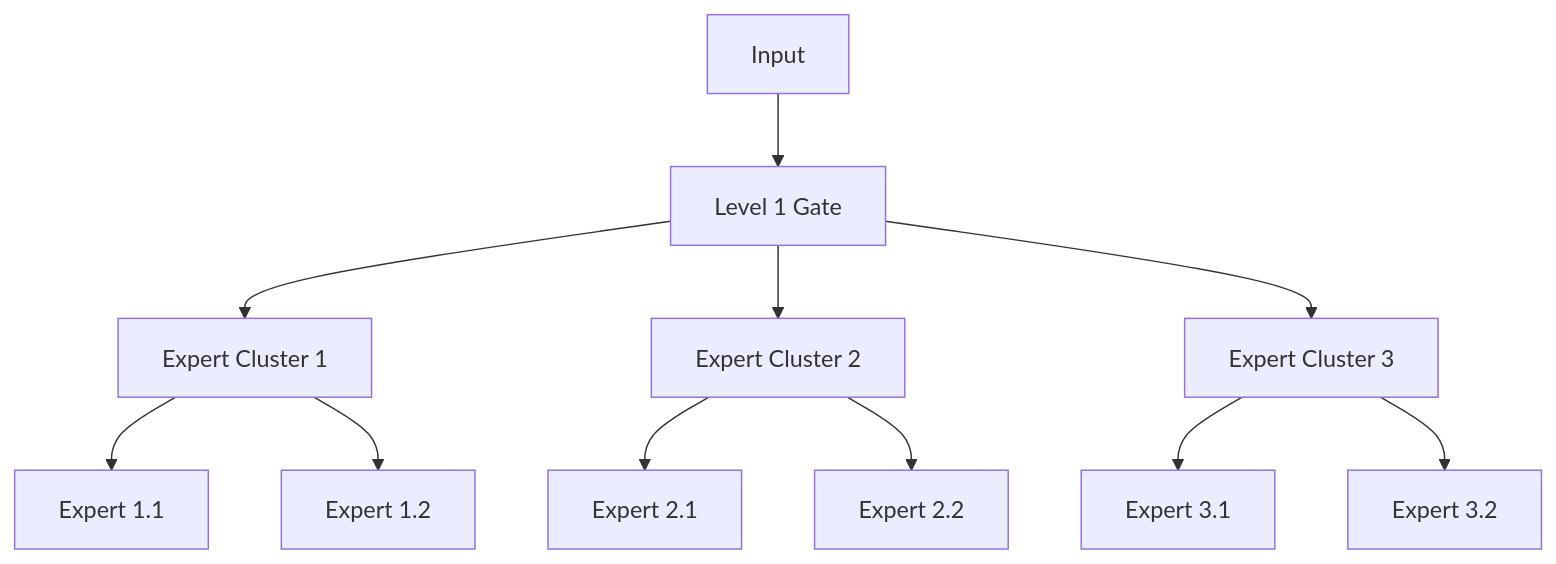
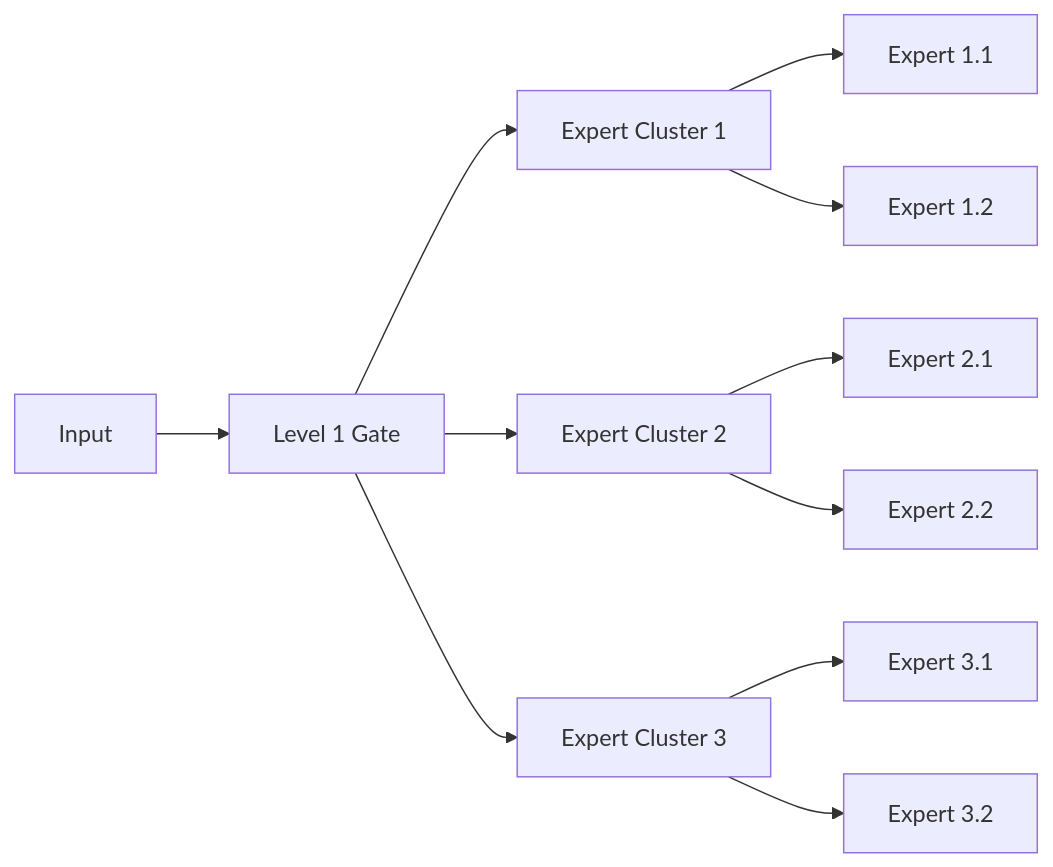
Before and after one commit to theja-vanka/blogs: the diagram in posts/model-training/mixture-of-experts/index.qmd, drawn with Mermaid. The commit also changed 144 other files, not shown here.

````diff
--- a/posts/model-training/mixture-of-experts/index.qmd
+++ b/posts/model-training/mixture-of-experts/index.qmd
@@ -227,13 +227,16 @@
 ```{mermaid}
-graph TD
+%%| code-fold: true
+%%| echo: false
+
+graph LR
     A[Input] --> B[Level 1 Gate]
     B --> C[Expert Cluster 1]
     B --> D[Expert Cluster 2]
     B --> E[Expert Cluster 3]
     C --> F[Expert 1.1]
     C --> G[Expert 1.2]
     D --> H[Expert 2.1]
     D --> I[Expert 2.2]
     E --> J[Expert 3.1]
     E --> K[Expert 3.2]
 ```
````
